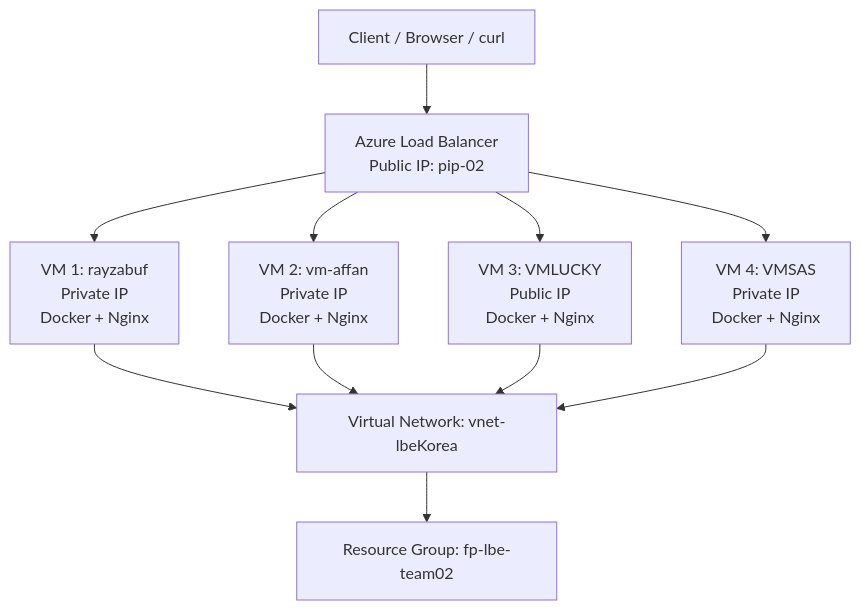
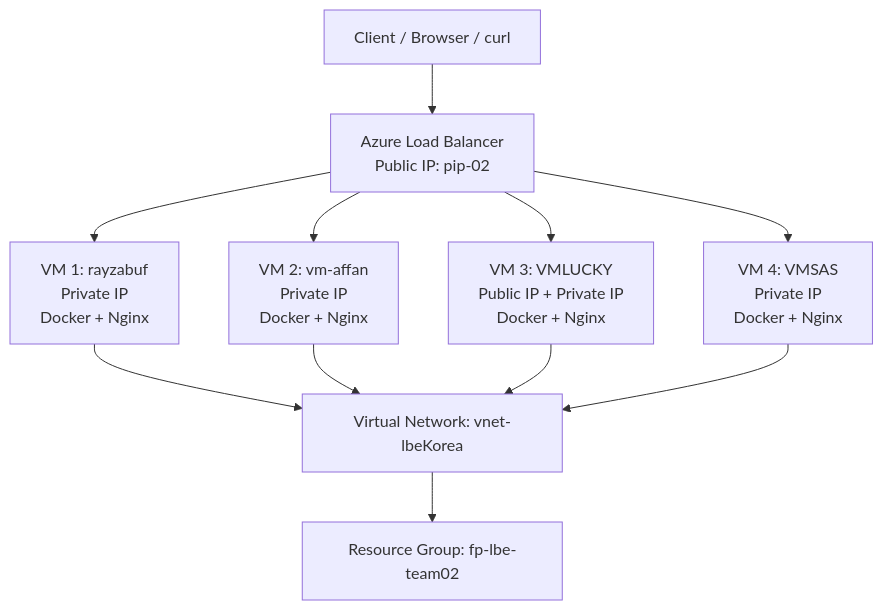
One commit to madesaskara162007/portofolio-saskara-web changed the diagram in LAPORAN.md. Above: the diagram before and after it, drawn with Mermaid. The commit also changed other lines of this file and 1 other file, not shown here.

Commit message:
Update architecture public IP VM details

````diff
--- a/LAPORAN.md
+++ b/LAPORAN.md
@@ -23,13 +23,13 @@
 ```mermaid
 flowchart TB
     User[Client / Browser / curl] --> LB[Azure Load Balancer\nPublic IP: pip-02]
     LB --> VM1[VM 1: rayzabuf\nPrivate IP\nDocker + Nginx]
     LB --> VM2[VM 2: vm-affan\nPrivate IP\nDocker + Nginx]
-    LB --> VM3[VM 3: VMLUCKY\nPublic IP\nDocker + Nginx]
+    LB --> VM3[VM 3: VMLUCKY\nPublic IP + Private IP\nDocker + Nginx]
     LB --> VM4[VM 4: VMSAS\nPrivate IP\nDocker + Nginx]
     VM1 --> VNet[Virtual Network: vnet-lbeKorea]
     VM2 --> VNet
     VM3 --> VNet
     VM4 --> VNet
     VNet --> RG[Resource Group: fp-lbe-team02]
 ```
````
